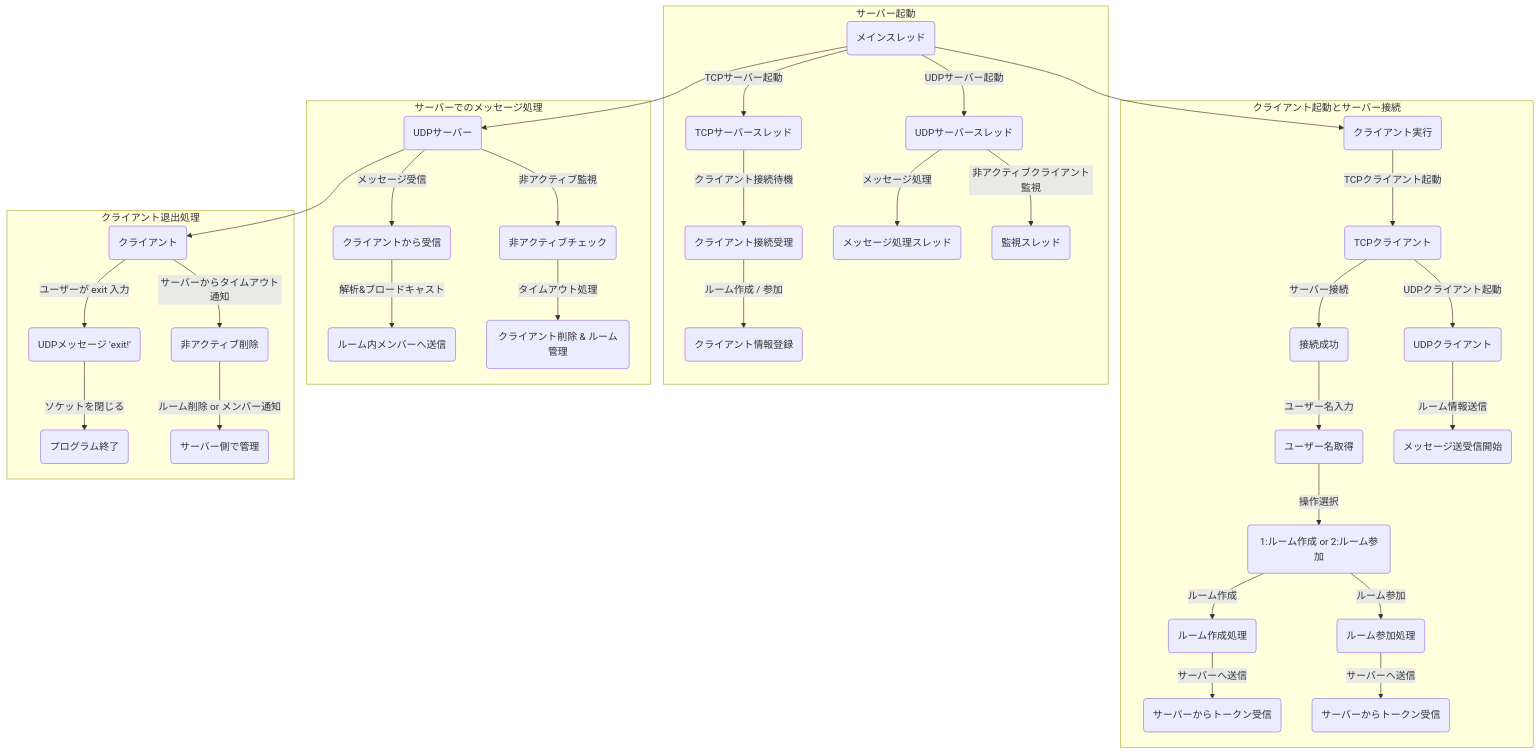
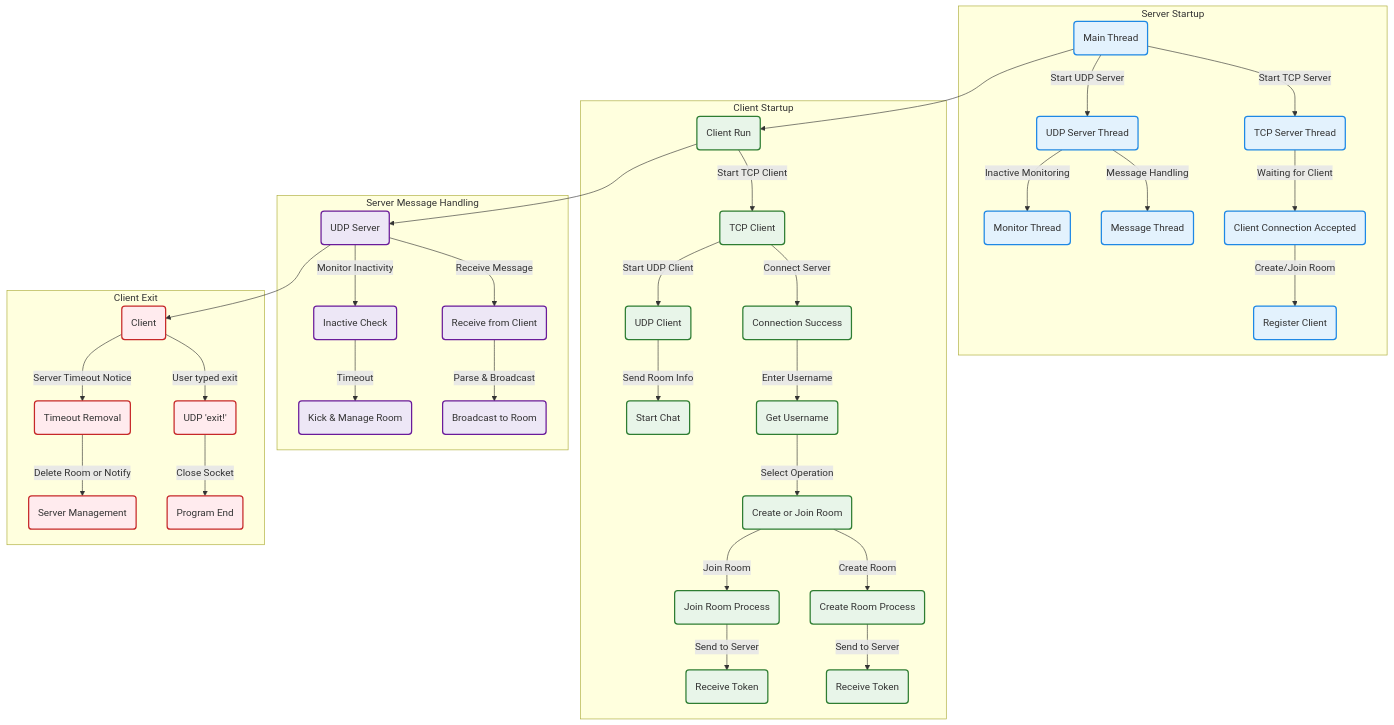
Before and after one commit to BackendExplorer/Multi-User-Chat-App: the third of 3 diagrams in README.md, drawn with Mermaid.

````diff
--- a/README.md
+++ b/README.md
@@ -231,53 +231,88 @@
 ```mermaid
-graph TD;
-    classDef main fill:#f8f9fa,stroke:#6c757d,stroke-width:2px;
-    classDef process fill:#ffffff,stroke:#007bff,stroke-width:2px;
-    classDef sub_process fill:#e9ecef,stroke:#17a2b8,stroke-width:2px;
-    classDef warning fill:#fff3cd,stroke:#ffc107,stroke-width:2px;
-    classDef danger fill:#f8d7da,stroke:#dc3545,stroke-width:2px;
+graph TD
 
-    subgraph サーバー起動
-        class A1,A2,A3,A4,A5,A6,A7 main;
-        A1(メインスレッド) -->|TCPサーバー起動| A2(TCPサーバースレッド)
-        A1 -->|UDPサーバー起動| A3(UDPサーバースレッド)
-        A2 -->|クライアント接続待機| A4(クライアント接続受理)
-        A4 -->|ルーム作成 / 参加| A5(クライアント情報登録)
-        A3 -->|メッセージ処理| A6(メッセージ処理スレッド)
-        A3 -->|非アクティブクライアント監視| A7(監視スレッド)
-    end
+classDef server fill:#e3f2fd,stroke:#1e88e5,stroke-width:2px
+classDef client fill:#e8f5e9,stroke:#2e7d32,stroke-width:2px
+classDef messaging fill:#ede7f6,stroke:#6a1b9a,stroke-width:2px
+classDef warning fill:#ffebee,stroke:#c62828,stroke-width:2px
 
-    subgraph クライアント起動とサーバー接続
-        class B1,B2,B3,B4,B5,B6,B7,B8,B9,B10,B11 process;
-        B1(クライアント実行) -->|TCPクライアント起動| B2(TCPクライアント)
-        B2 -->|サーバー接続| B3(接続成功)
-        B3 -->|ユーザー名入力| B4(ユーザー名取得)
-        B4 -->|操作選択| B5(1:ルーム作成 or 2:ルーム参加)
-        B5 -->|ルーム作成| B6(ルーム作成処理)
-        B6 -->|サーバーへ送信| B7(サーバーからトークン受信)
-        B5 -->|ルーム参加| B8(ルーム参加処理)
-        B8 -->|サーバーへ送信| B9(サーバーからトークン受信)
-        B2 -->|UDPクライアント起動| B10(UDPクライアント)
-        B10 -->|ルーム情報送信| B11(メッセージ送受信開始)
-    end
+subgraph Server Startup
+    A1(Main Thread)
+    A2(TCP Server Thread)
+    A3(UDP Server Thread)
+    A4(Client Connection Accepted)
+    A5(Register Client)
+    A6(Message Thread)
+    A7(Monitor Thread)
 
-    subgraph サーバーでのメッセージ処理
-        class C1,C2,C3,C4,C5 sub_process;
-        C1(UDPサーバー) -->|メッセージ受信| C2(クライアントから受信)
-        C2 -->|解析&ブロードキャスト| C3(ルーム内メンバーへ送信)
-        C1 -->|非アクティブ監視| C4(非アクティブチェック)
-        C4 -->|タイムアウト処理| C5(クライアント削除 & ルーム管理)
-    end
+    A1 -->|Start TCP Server| A2
+    A1 -->|Start UDP Server| A3
+    A2 -->|Waiting for Client| A4
+    A4 -->|Create/Join Room| A5
+    A3 -->|Message Handling| A6
+    A3 -->|Inactive Monitoring| A7
 
-    subgraph クライアント退出処理
-        class D1,D2,D3,D4,D5 warning;
-        D1(クライアント) -->|ユーザーが exit 入力| D2(UDPメッセージ 'exit!')
-        D2 -->|ソケットを閉じる| D3(プログラム終了)
-        D1 -->|サーバーからタイムアウト通知| D4(非アクティブ削除)
-        D4 -->|ルーム削除 or メンバー通知| D5(サーバー側で管理)
-    end
+    class A1,A2,A3,A4,A5,A6,A7 server
+end
 
-    %% 縦方向に並べる
-    A1 --> B1
-    A1 --> C1
-    C1 --> D1
+subgraph Client Startup
+    B1(Client Run)
+    B2(TCP Client)
+    B3(Connection Success)
+    B4(Get Username)
+    B5(Create or Join Room)
+    B6(Create Room Process)
+    B7(Receive Token)
+    B8(Join Room Process)
+    B9(Receive Token)
+    B10(UDP Client)
+    B11(Start Chat)
+
+    B1 -->|Start TCP Client| B2
+    B2 -->|Connect Server| B3
+    B3 -->|Enter Username| B4
+    B4 -->|Select Operation| B5
+    B5 -->|Create Room| B6
+    B6 -->|Send to Server| B7
+    B5 -->|Join Room| B8
+    B8 -->|Send to Server| B9
+    B2 -->|Start UDP Client| B10
+    B10 -->|Send Room Info| B11
+
+    class B1,B2,B3,B4,B5,B6,B7,B8,B9,B10,B11 client
+end
+
+subgraph Server Message Handling
+    C1(UDP Server)
+    C2(Receive from Client)
+    C3(Broadcast to Room)
+    C4(Inactive Check)
+    C5(Kick & Manage Room)
+
+    C1 -->|Receive Message| C2
+    C2 -->|Parse & Broadcast| C3
+    C1 -->|Monitor Inactivity| C4
+    C4 -->|Timeout| C5
+
+    class C1,C2,C3,C4,C5 messaging
+end
+
+subgraph Client Exit
+    D1(Client)
+    D2(UDP 'exit!')
+    D3(Program End)
+    D4(Timeout Removal)
+    D5(Server Management)
+
+    D1 -->|User typed exit| D2
+    D2 -->|Close Socket| D3
+    D1 -->|Server Timeout Notice| D4
+    D4 -->|Delete Room or Notify| D5
+
+    class D1,D2,D3,D4,D5 warning
+end
+
+A1 --> B1
+B1 --> C1
+C1 --> D1
 ```
````
